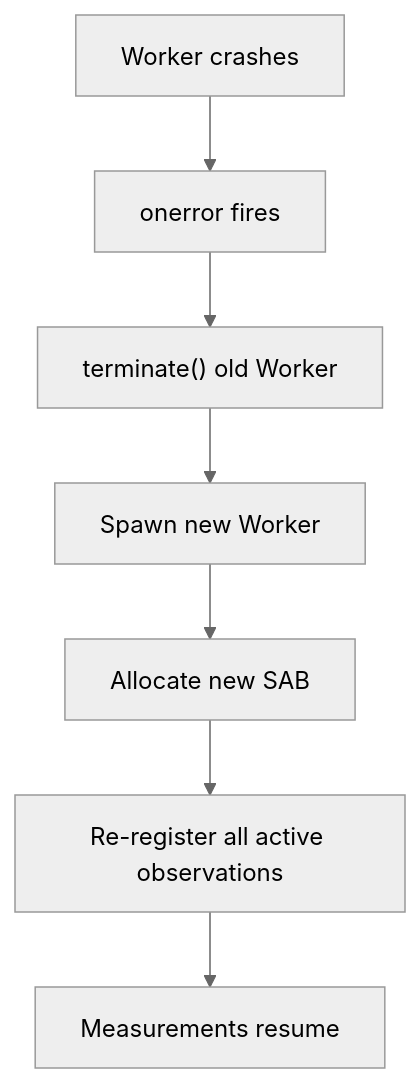
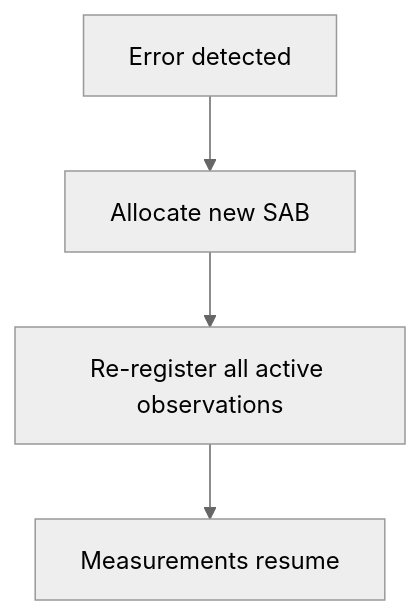
One commit to ABCrimson/use-resize-observer changed the second of 2 diagrams in docs/guide/worker.md. Above: the diagram before and after it, drawn with Mermaid (neutral theme). The commit also changed other lines of this file and 61 other files, not shown here.

````diff
--- a/docs/guide/worker.md
+++ b/docs/guide/worker.md
@@ -213,9 +208,6 @@
 ```mermaid
 flowchart TD
-    A["Worker crashes"] --> B["onerror fires"]
-    B --> C["terminate() old Worker"]
-    C --> D["Spawn new Worker"]
-    D --> E["Allocate new SAB"]
-    E --> F["Re-register all active observations"]
-    F --> G["Measurements resume"]
+    A["Error detected"] --> B["Allocate new SAB"]
+    B --> C["Re-register all active observations"]
+    C --> D["Measurements resume"]
 ```
````
